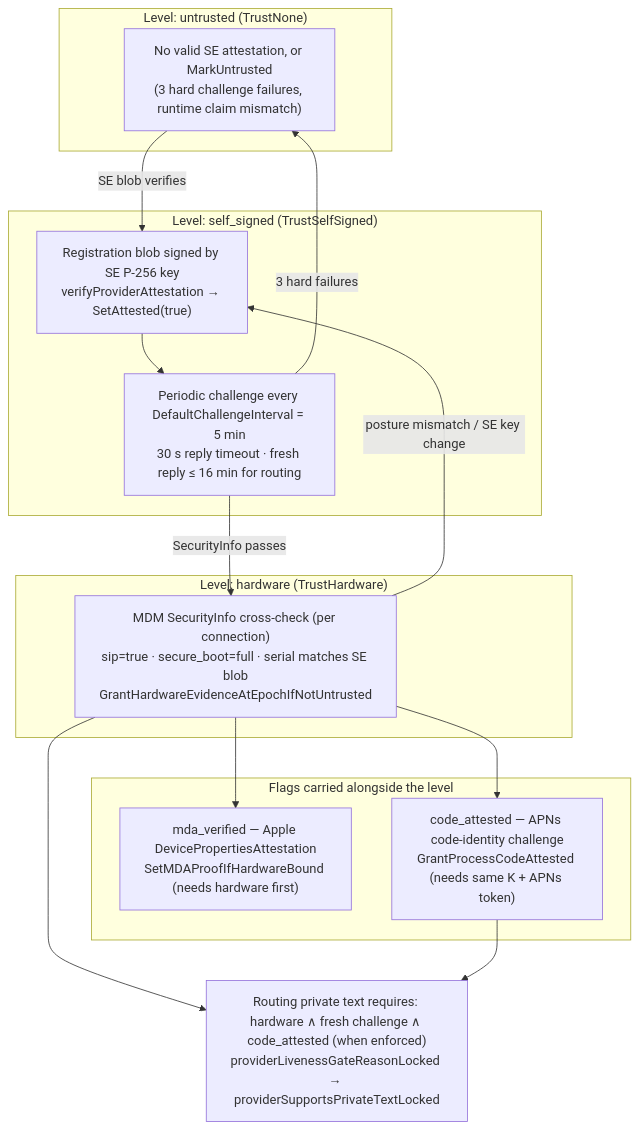
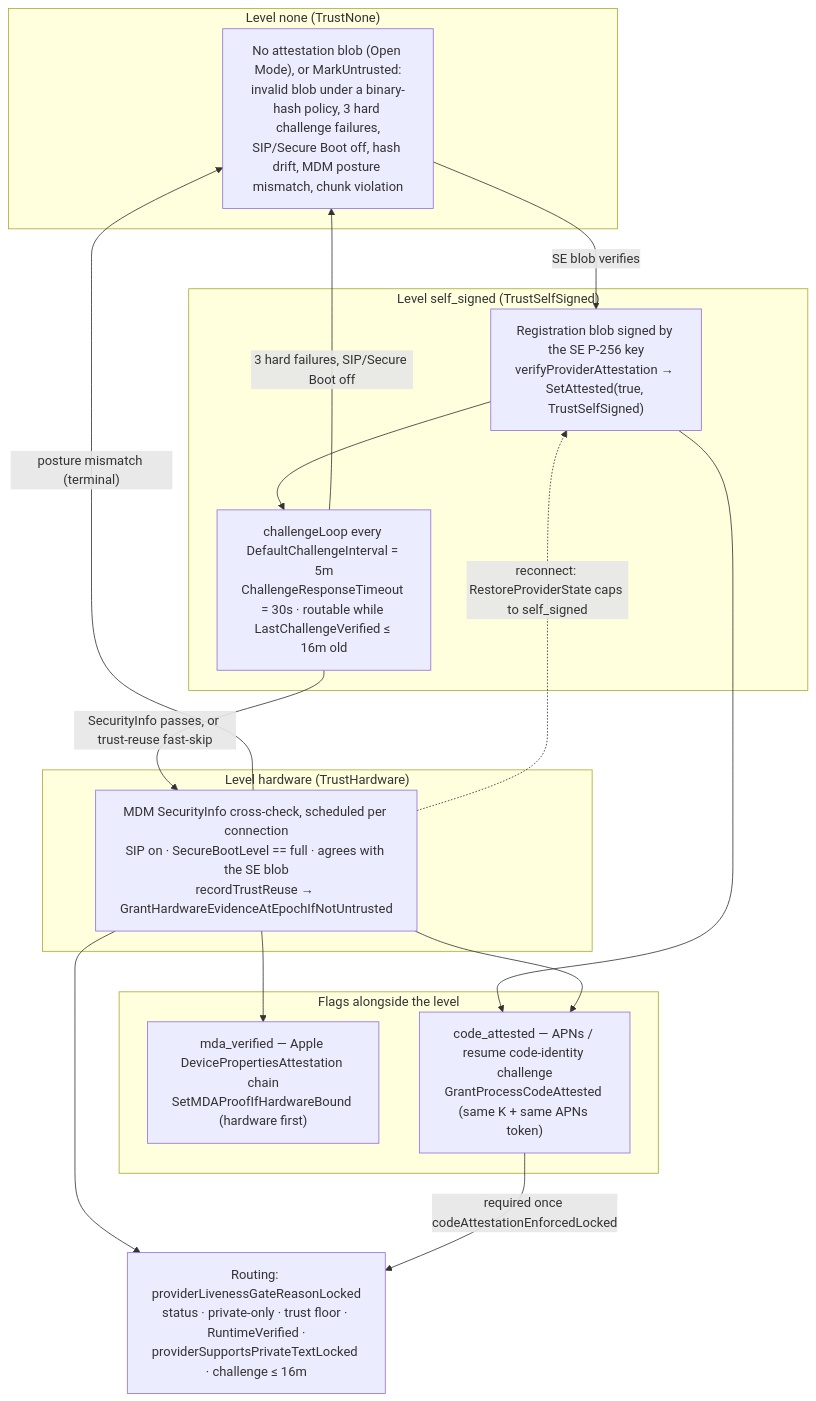
One commit to Layr-Labs/d-inference changed the diagram in docs/assets/diagrams/attestation-layers.mmd. Above: the diagram before and after it, drawn with Mermaid. The commit also changed 18 other files, not shown here.

First line of the commit message:
docs(security): rewrite encryption, attestation, enrollment, identity-binding from code; merge provider/security-model.md into provider/attestation.md

```diff
--- a/docs/assets/diagrams/attestation-layers.mmd
+++ b/docs/assets/diagrams/attestation-layers.mmd
@@ -1,28 +1,32 @@
-%% Provider trust stack as built at 5d400cf75. Source of truth for attestation-layers.svg;
+%% Provider trust stack as built at c5c404fca. Source of truth for attestation-layers.svg;
 %% re-render after editing: mmdc -i attestation-layers.mmd -o attestation-layers.svg
 %% MDA and code identity are flags carried alongside the level, not levels themselves.
+%% Symbols: coordinator/registry/registry.go, coordinator/api/provider.go,
+%% coordinator/api/trust_reuse.go, coordinator/registry/routing_eligibility.go.
 flowchart TB
-    subgraph L0["Level: untrusted (TrustNone)"]
-        A0["No valid SE attestation, or MarkUntrusted<br/>(3 hard challenge failures, runtime claim mismatch)"]
+    subgraph L0["Level none (TrustNone)"]
+        A0["No attestation blob (Open Mode), or MarkUntrusted:<br/>invalid blob under a binary-hash policy, 3 hard challenge failures,<br/>SIP/Secure Boot off, hash drift, MDM posture mismatch, chunk violation"]
     end
-    subgraph L1["Level: self_signed (TrustSelfSigned)"]
-        A1["Registration blob signed by SE P-256 key<br/>verifyProviderAttestation → SetAttested(true)"]
-        A2["Periodic challenge every DefaultChallengeInterval = 5 min<br/>30 s reply timeout · fresh reply ≤ 16 min for routing"]
+    subgraph L1["Level self_signed (TrustSelfSigned)"]
+        A1["Registration blob signed by the SE P-256 key<br/>verifyProviderAttestation → SetAttested(true, TrustSelfSigned)"]
+        A2["challengeLoop every DefaultChallengeInterval = 5m<br/>ChallengeResponseTimeout = 30s · routable while LastChallengeVerified ≤ 16m old"]
     end
-    subgraph L2["Level: hardware (TrustHardware)"]
-        A3["MDM SecurityInfo cross-check (per connection)<br/>sip=true · secure_boot=full · serial matches SE blob<br/>GrantHardwareEvidenceAtEpochIfNotUntrusted"]
+    subgraph L2["Level hardware (TrustHardware)"]
+        A3["MDM SecurityInfo cross-check, scheduled per connection<br/>SIP on · SecureBootLevel == full · agrees with the SE blob<br/>recordTrustReuse → GrantHardwareEvidenceAtEpochIfNotUntrusted"]
     end
-    subgraph F["Flags carried alongside the level"]
-        B1["mda_verified — Apple DevicePropertiesAttestation<br/>SetMDAProofIfHardwareBound (needs hardware first)"]
-        B2["code_attested — APNs code-identity challenge<br/>GrantProcessCodeAttested (needs same K + APNs token)"]
+    subgraph F["Flags alongside the level"]
+        B1["mda_verified — Apple DevicePropertiesAttestation chain<br/>SetMDAProofIfHardwareBound (hardware first)"]
+        B2["code_attested — APNs / resume code-identity challenge<br/>GrantProcessCodeAttested (same K + same APNs token)"]
     end
     A0 -->|"SE blob verifies"| A1
     A1 --> A2
-    A2 -->|"SecurityInfo passes"| A3
+    A2 -->|"SecurityInfo passes, or trust-reuse fast-skip"| A3
     A3 --> B1
+    A1 --> B2
     A3 --> B2
-    A2 -->|"3 hard failures"| A0
-    A3 -->|"posture mismatch / SE key change"| A1
-    G["Routing private text requires: hardware ∧ fresh challenge ∧ code_attested (when enforced)<br/>providerLivenessGateReasonLocked → providerSupportsPrivateTextLocked"]
+    A2 -->|"3 hard failures, SIP/Secure Boot off"| A0
+    A3 -->|"posture mismatch (terminal)"| A0
+    A3 -.->|"reconnect: RestoreProviderState caps to self_signed"| A1
+    G["Routing: providerLivenessGateReasonLocked<br/>status · private-only · trust floor · RuntimeVerified ·<br/>providerSupportsPrivateTextLocked · challenge ≤ 16m"]
     A3 --> G
-    B2 --> G
+    B2 -->|"required once codeAttestationEnforcedLocked"| G
```
